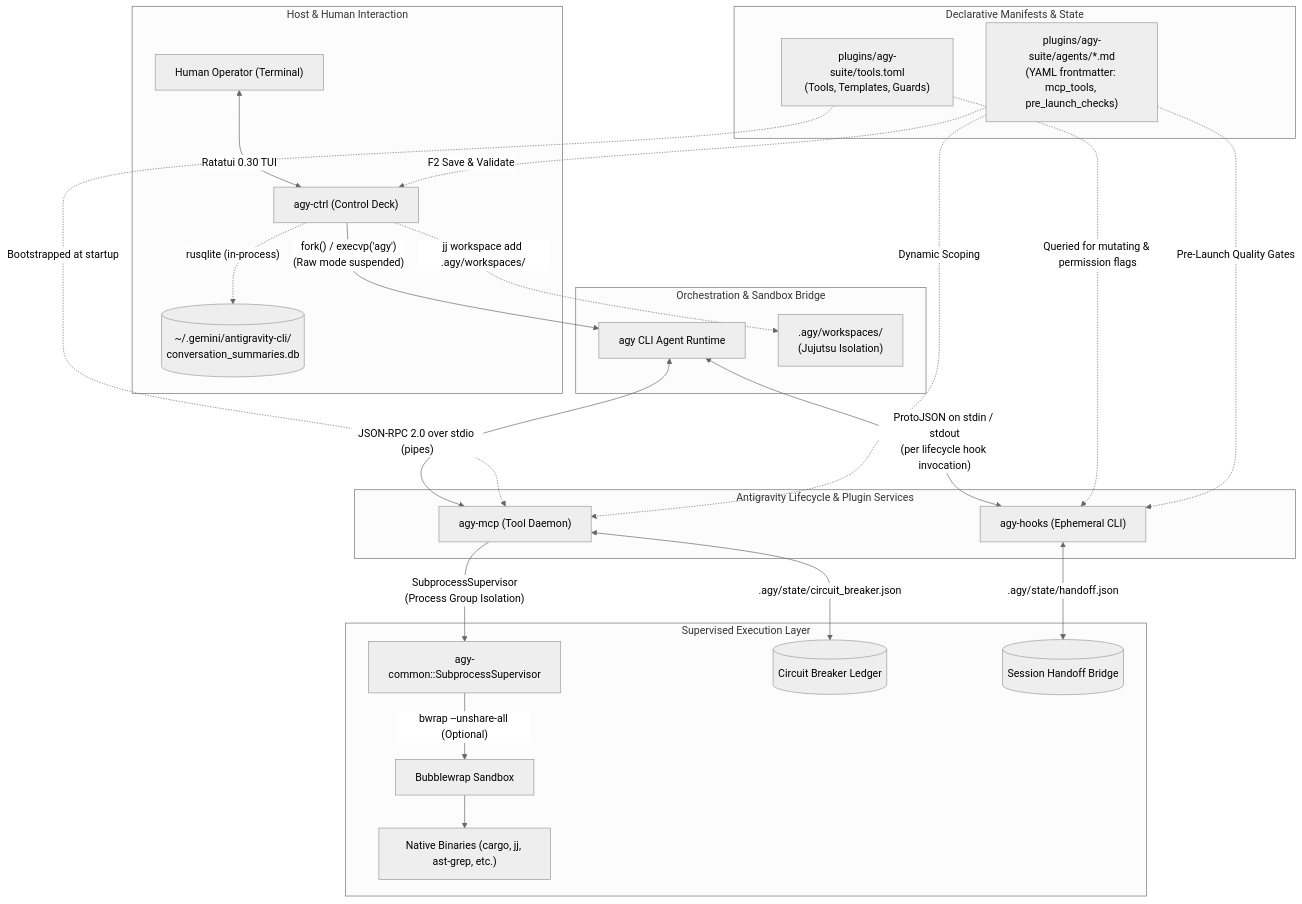
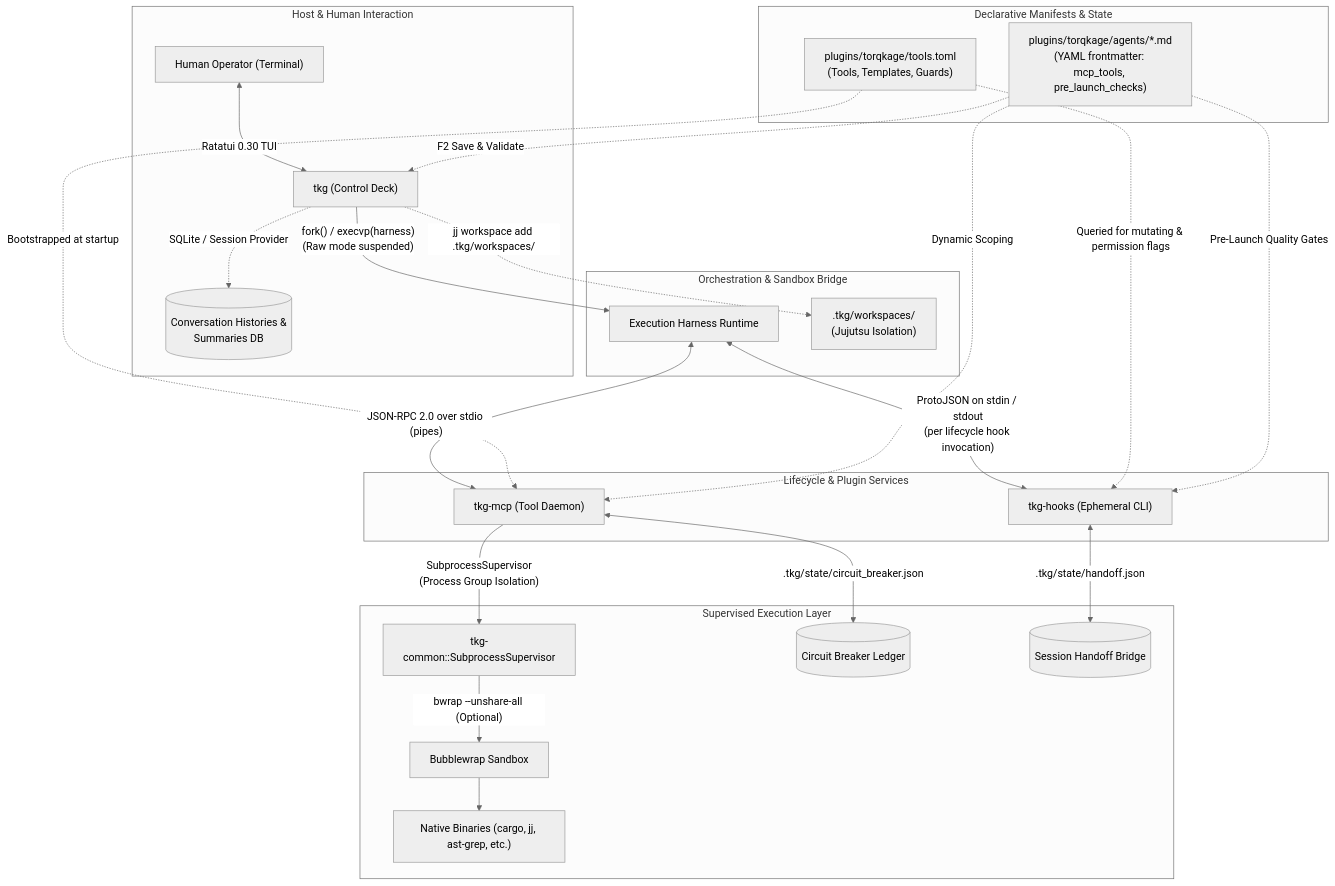
Before and after one commit to JeronimoCapelle/TorqKage: the diagram in ARCHITECTURE.md, drawn with Mermaid (neutral theme). The commit also changed other lines of this file and 217 other files, not shown here.

Commit message:
feat(naming): rename suite to Torqkage, binaries to tkg, update repo remote to TorqKage

````diff
--- a/ARCHITECTURE.md
+++ b/ARCHITECTURE.md
@@ -222,33 +222,33 @@
 ```mermaid
 flowchart TD
     subgraph Host ["Host & Human Interaction"]
-        Operator["Human Operator (Terminal)"] <-->|"Ratatui 0.30 TUI"| Ctrl["agy-ctrl (Control Deck)"]
-        Ctrl -.->|"rusqlite (in-process)"| SQLite[("~/.gemini/antigravity-cli/\nconversation_summaries.db")]
+        Operator["Human Operator (Terminal)"] <-->|"Ratatui 0.30 TUI"| Ctrl["tkg (Control Deck)"]
+        Ctrl -.->|"SQLite / Session Provider"| Sessions[("Conversation Histories &\nSummaries DB")]
     end
 
     subgraph RuntimeBridge ["Orchestration & Sandbox Bridge"]
-        Ctrl -->|"fork() / execvp('agy')\n(Raw mode suspended)"| AgyCLI["agy CLI Agent Runtime"]
-        Ctrl -.->|"jj workspace add .agy/workspaces/<agent>"| JJWorkspaces[".agy/workspaces/<agent>\n(Jujutsu Isolation)"]
+        Ctrl -->|"fork() / execvp(harness)\n(Raw mode suspended)"| HarnessCLI["Execution Harness Runtime"]
+        Ctrl -.->|"jj workspace add .tkg/workspaces/<agent>"| JJWorkspaces[".tkg/workspaces/<agent>\n(Jujutsu Isolation)"]
     end
 
-    subgraph PluginServices ["Antigravity Lifecycle & Plugin Services"]
-        AgyCLI <-->|"JSON-RPC 2.0 over stdio (pipes)"| MCPDaemon["agy-mcp (Tool Daemon)"]
-        AgyCLI <-->|"ProtoJSON on stdin / stdout\n(per lifecycle hook invocation)"| HooksRunner["agy-hooks (Ephemeral CLI)"]
+    subgraph PluginServices ["Lifecycle & Plugin Services"]
+        HarnessCLI <-->|"JSON-RPC 2.0 over stdio (pipes)"| MCPDaemon["tkg-mcp (Tool Daemon)"]
+        HarnessCLI <-->|"ProtoJSON on stdin / stdout\n(per lifecycle hook invocation)"| HooksRunner["tkg-hooks (Ephemeral CLI)"]
     end
 
     subgraph DeclarativeState ["Declarative Manifests & State"]
-        ToolsTOML["plugins/agy-suite/tools.toml\n(Tools, Templates, Guards)"] -.->|"Bootstrapped at startup"| MCPDaemon
+        ToolsTOML["plugins/torqkage/tools.toml\n(Tools, Templates, Guards)"] -.->|"Bootstrapped at startup"| MCPDaemon
         ToolsTOML -.->|"Queried for mutating & permission flags"| HooksRunner
-        AgentMD["plugins/agy-suite/agents/*.md\n(YAML frontmatter: mcp_tools, pre_launch_checks)"] -.->|"Dynamic Scoping"| MCPDaemon
+        AgentMD["plugins/torqkage/agents/*.md\n(YAML frontmatter: mcp_tools, pre_launch_checks)"] -.->|"Dynamic Scoping"| MCPDaemon
         AgentMD -.->|"Pre-Launch Quality Gates"| HooksRunner
         AgentMD -.->|"F2 Save & Validate"| Ctrl
     end
 
     subgraph ExecutionLayer ["Supervised Execution Layer"]
-        MCPDaemon -->|"SubprocessSupervisor\n(Process Group Isolation)"| Supervisor["agy-common::SubprocessSupervisor"]
+        MCPDaemon -->|"SubprocessSupervisor\n(Process Group Isolation)"| Supervisor["tkg-common::SubprocessSupervisor"]
         Supervisor -->|"bwrap --unshare-all (Optional)"| BwrapJail["Bubblewrap Sandbox"]
         BwrapJail --> NativeTools["Native Binaries (cargo, jj, ast-grep, etc.)"]
-        MCPDaemon <-->|".agy/state/circuit_breaker.json"| CircuitBreaker[("Circuit Breaker Ledger")]
-        HooksRunner <-->|".agy/state/handoff.json"| HandoffState[("Session Handoff Bridge")]
+        MCPDaemon <-->|".tkg/state/circuit_breaker.json"| CircuitBreaker[("Circuit Breaker Ledger")]
+        HooksRunner <-->|".tkg/state/handoff.json"| HandoffState[("Session Handoff Bridge")]
     end
 ```
````
